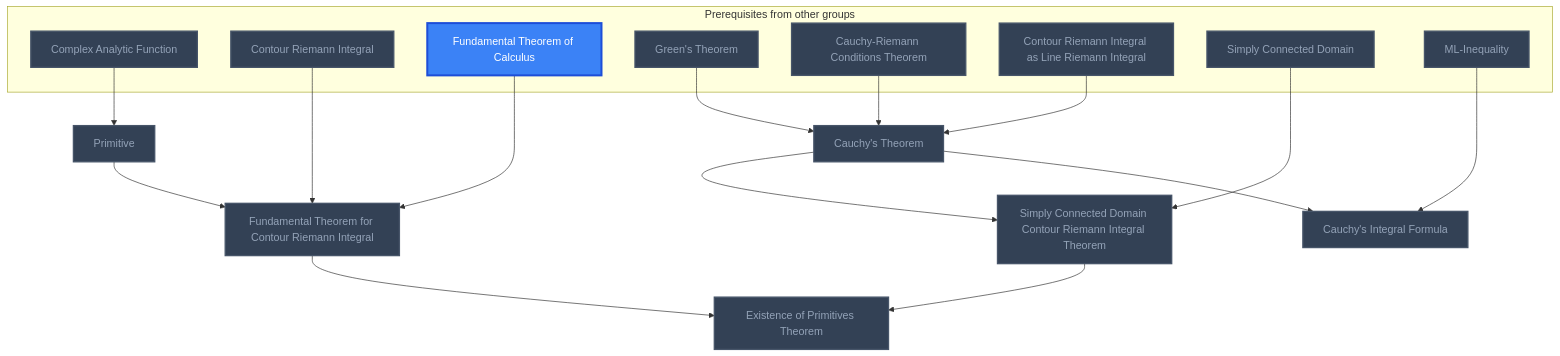
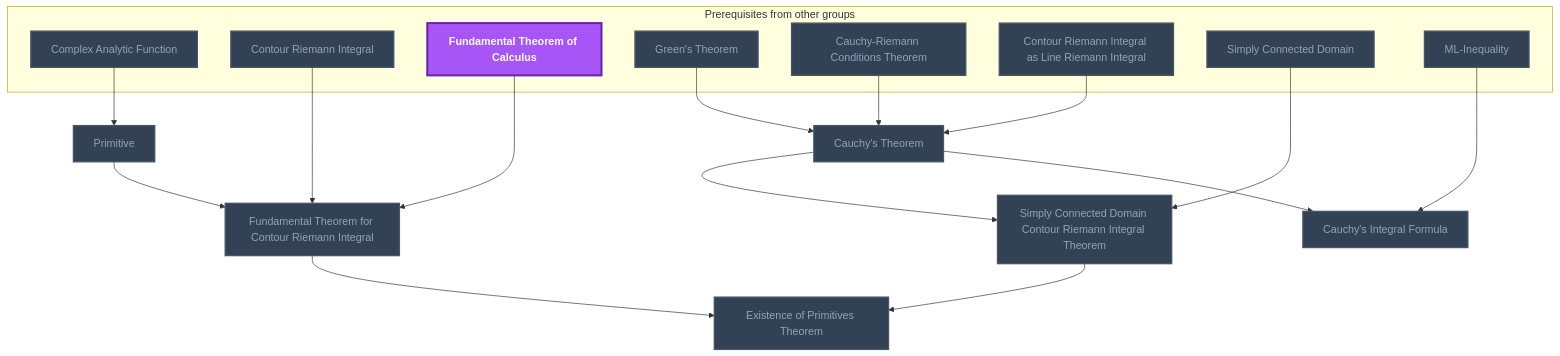
Before and after one commit to MRauf1/My-Notes: the eighth of 19 diagrams in Gamification/Skill Trees/Complex Analysis.md, drawn with Mermaid. The commit also changed other lines of this file and 73 other files, not shown here.

````diff
--- a/Gamification/Skill Trees/Complex Analysis.md
+++ b/Gamification/Skill Trees/Complex Analysis.md
@@ -332,44 +332,44 @@
 ```mermaid
 flowchart TD
     classDef planned fill:#1E293B,stroke:#64748B,stroke-width:2px,stroke-dasharray:5 5,color:#94A3B8;
     classDef locked fill:#334155,stroke:#475569,stroke-width:2px,color:#94A3B8;
     classDef L0 fill:#F1F5F9,stroke:#94A3B8,stroke-width:2px,color:#000000;
     classDef L1 fill:#22C55E,stroke:#15803D,stroke-width:2px,color:#000000;
     classDef L2 fill:#3B82F6,stroke:#1D4ED8,stroke-width:3px,color:#FFFFFF;
     classDef L3 fill:#A855F7,stroke:#6B21A8,stroke-width:3px,color:#FFFFFF,font-weight:bold;
     classDef L4 fill:#F97316,stroke:#C2410C,stroke-width:4px,color:#000000,font-weight:bold;
     classDef L5 fill:#FFD700,stroke:#FF8C00,stroke-width:5px,color:#000000,font-weight:bold;
     classDef rusty stroke:#8B4513,stroke-width:4px,stroke-dasharray:3 3;
     subgraph sg_prereqs["Prerequisites from other groups"]
         n_complex_analytic_function["Complex Analytic Function"]
         n_contour_riemann_integral["Contour Riemann Integral"]
         n_fundamental_theorem_of_calculus["Fundamental Theorem of Calculus"]
         n_green_s_theorem["Green's Theorem"]
         n_cauchy_riemann_conditions_theorem["Cauchy-Riemann Conditions Theorem"]
         n_contour_riemann_integral_as_line_riemann_integral["Contour Riemann Integral as Line Riemann Integral"]
         n_simply_connected_domain["Simply Connected Domain"]
         n_ml_inequality["ML-Inequality"]
     end
     n_primitive["Primitive"]
     n_fundamental_theorem_for_contour_riemann_integral["Fundamental Theorem for Contour Riemann Integral"]
     n_cauchy_s_theorem["Cauchy's Theorem"]
     n_simply_connected_domain_contour_riemann_integral_theorem["Simply Connected Domain Contour Riemann Integral Theorem"]
     n_existence_of_primitives_theorem["Existence of Primitives Theorem"]
     n_cauchy_s_integral_formula["Cauchy's Integral Formula"]
     n_complex_analytic_function --> n_primitive
     n_primitive --> n_fundamental_theorem_for_contour_riemann_integral
     n_contour_riemann_integral --> n_fundamental_theorem_for_contour_riemann_integral
     n_fundamental_theorem_of_calculus --> n_fundamental_theorem_for_contour_riemann_integral
     n_green_s_theorem --> n_cauchy_s_theorem
     n_cauchy_riemann_conditions_theorem --> n_cauchy_s_theorem
     n_contour_riemann_integral_as_line_riemann_integral --> n_cauchy_s_theorem
     n_cauchy_s_theorem --> n_simply_connected_domain_contour_riemann_integral_theorem
     n_simply_connected_domain --> n_simply_connected_domain_contour_riemann_integral_theorem
     n_simply_connected_domain_contour_riemann_integral_theorem --> n_existence_of_primitives_theorem
     n_fundamental_theorem_for_contour_riemann_integral --> n_existence_of_primitives_theorem
     n_cauchy_s_theorem --> n_cauchy_s_integral_formula
     n_ml_inequality --> n_cauchy_s_integral_formula
     class n_complex_analytic_function,n_contour_riemann_integral,n_green_s_theorem,n_cauchy_riemann_conditions_theorem,n_contour_riemann_integral_as_line_riemann_integral,n_simply_connected_domain,n_ml_inequality,n_primitive,n_fundamental_theorem_for_contour_riemann_integral,n_cauchy_s_theorem,n_simply_connected_domain_contour_riemann_integral_theorem,n_existence_of_primitives_theorem,n_cauchy_s_integral_formula locked;
-    class n_fundamental_theorem_of_calculus L2;
+    class n_fundamental_theorem_of_calculus L3;
     class n_complex_analytic_function,n_contour_riemann_integral,n_fundamental_theorem_of_calculus,n_green_s_theorem,n_cauchy_riemann_conditions_theorem,n_contour_riemann_integral_as_line_riemann_integral,n_simply_connected_domain,n_ml_inequality,n_primitive,n_fundamental_theorem_for_contour_riemann_integral,n_cauchy_s_theorem,n_simply_connected_domain_contour_riemann_integral_theorem,n_existence_of_primitives_theorem,n_cauchy_s_integral_formula internal-link;
 ```
````
